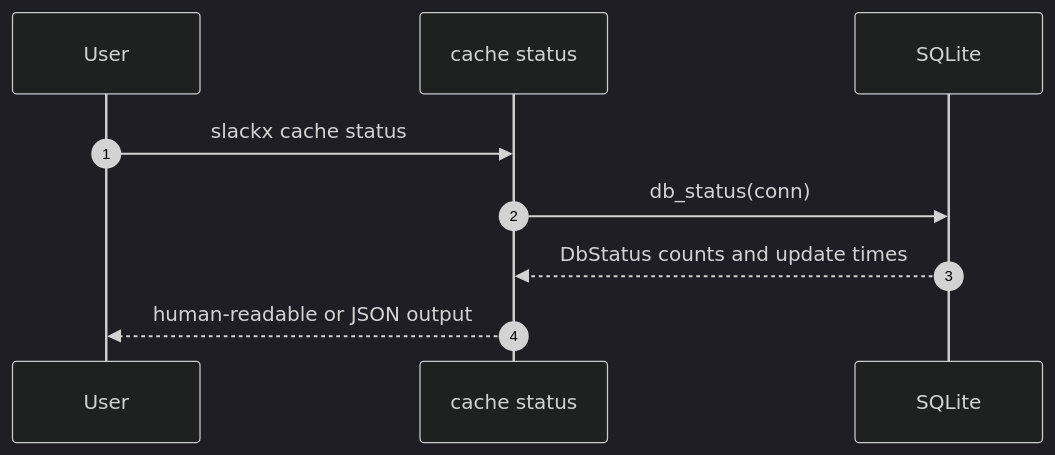
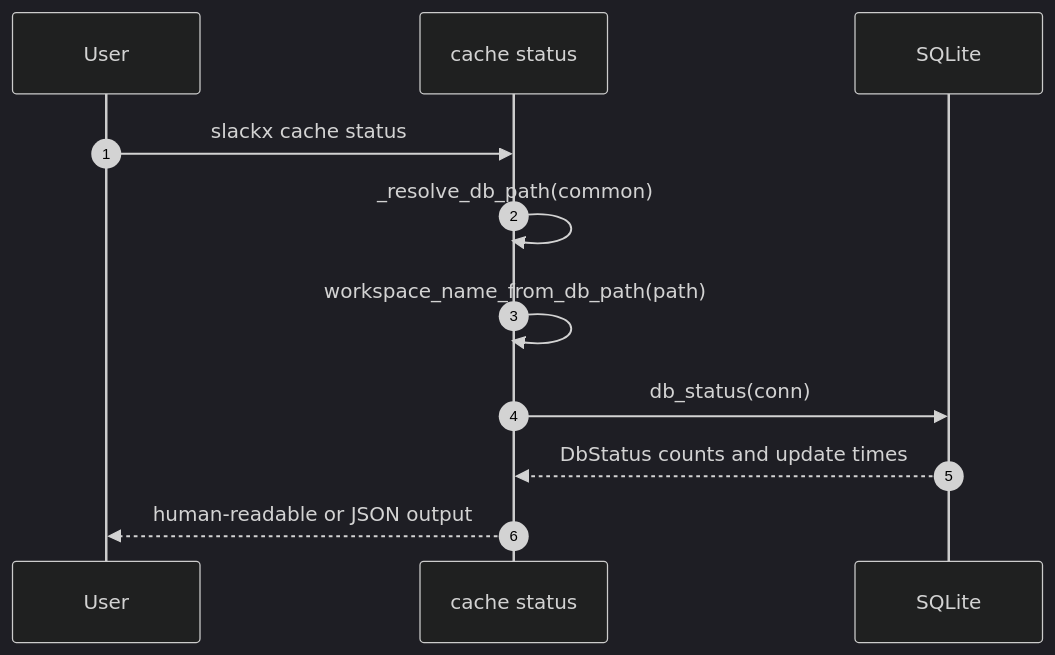
The second of 4 diagrams in .sdlc/features/p5-cache-management/specification.md (TomzxCode/slackx), drawn with Mermaid (dark theme) before and after one commit. The commit also changed other lines of this file and 12 other files, not shown here.

First line of the commit message:
feat(cli): report workspace and database in cache status

````diff
--- a/.sdlc/features/p5-cache-management/specification.md
+++ b/.sdlc/features/p5-cache-management/specification.md
@@ -68,11 +86,13 @@
 ```mermaid
 sequenceDiagram
     autonumber
     participant U as User
     participant CLI as cache status
     participant DB as SQLite
     U->>CLI: slackx cache status
+    CLI->>CLI: _resolve_db_path(common)
+    CLI->>CLI: workspace_name_from_db_path(path)
     CLI->>DB: db_status(conn)
     DB-->>CLI: DbStatus counts and update times
     CLI-->>U: human-readable or JSON output
 ```
````
